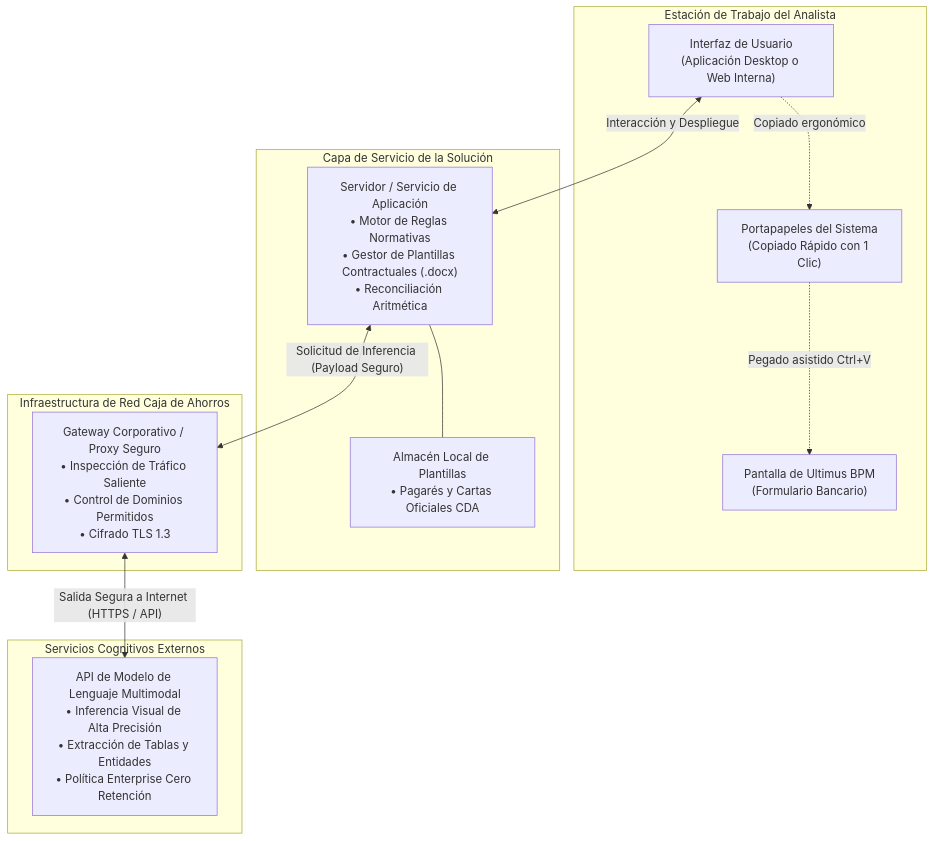
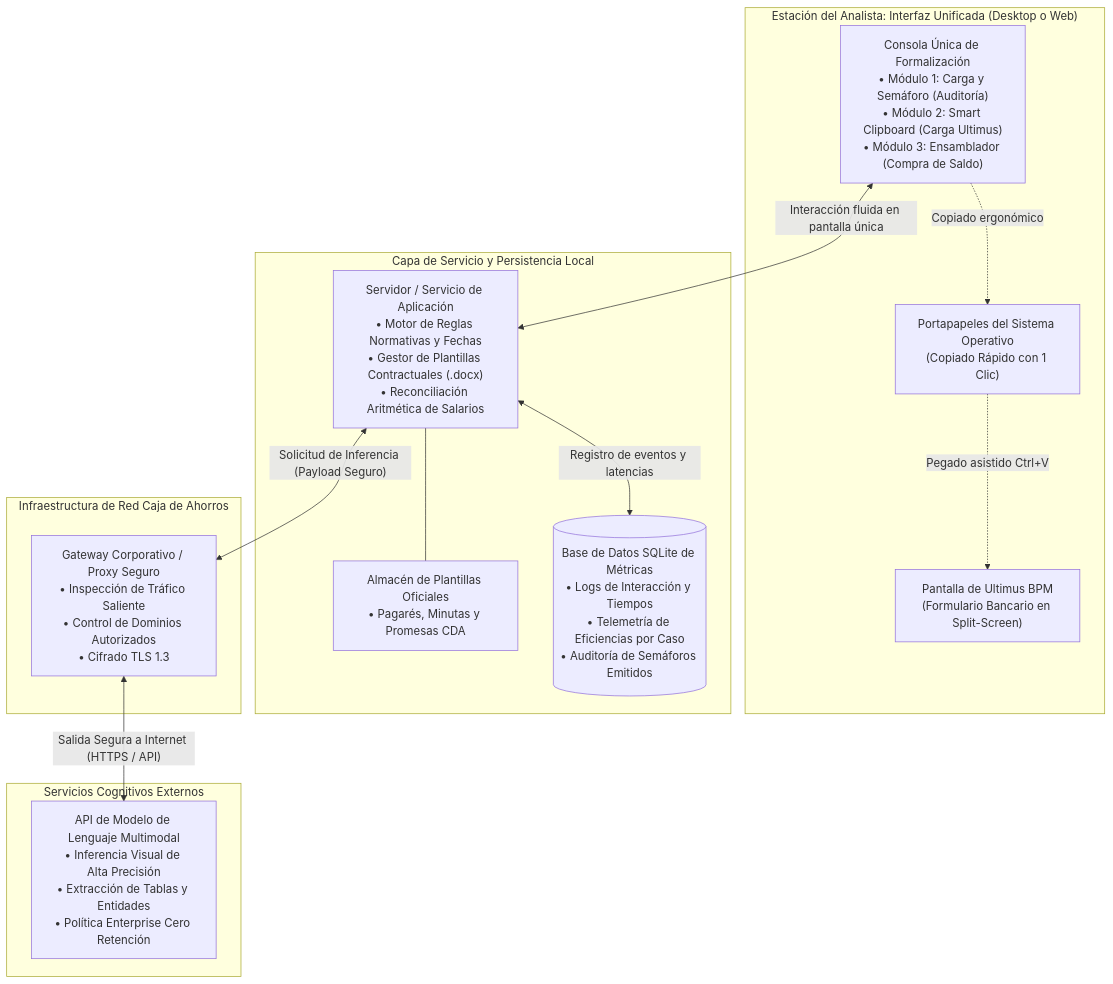
The second of 4 diagrams in formalizacion-pp/design/diseno-arquitectura-asistente-formalizacion.md (RBlasser/cda-celulas), drawn with Mermaid before and after one commit. The commit also changed other lines of this file and 2 other files, not shown here.

Commit message:
docs: actualizar arquitecturas con metricas sqlite, mitigacion riesgos operativos y evolucion qr autos

````diff
--- a/formalizacion-pp/design/diseno-arquitectura-asistente-formalizacion.md
+++ b/formalizacion-pp/design/diseno-arquitectura-asistente-formalizacion.md
@@ -64,28 +76,30 @@
 ```mermaid
 flowchart TD
-    subgraph USUARIO ["Estación de Trabajo del Analista"]
-        UI["Interfaz de Usuario<br>(Aplicación Desktop o Web Interna)"]
-        CLIPBOARD["Portapapeles del Sistema<br>(Copiado Rápido con 1 Clic)"]
-        ULTIMUS["Pantalla de Ultimus BPM<br>(Formulario Bancario)"]
+    subgraph WORKSPACE ["Estación del Analista: Interfaz Unificada (Desktop o Web)"]
+        UI["Consola Única de Formalización<br>• Módulo 1: Carga y Semáforo (Auditoría)<br>• Módulo 2: Smart Clipboard (Carga Ultimus)<br>• Módulo 3: Ensamblador (Compra de Saldo)"]
+        CLIPBOARD["Portapapeles del Sistema Operativo<br>(Copiado Rápido con 1 Clic)"]
+        ULTIMUS["Pantalla de Ultimus BPM<br>(Formulario Bancario en Split-Screen)"]
         UI -.->|"Copiado ergonómico"| CLIPBOARD
         CLIPBOARD -.->|"Pegado asistido Ctrl+V"| ULTIMUS
     end
 
-    subgraph APLICACION ["Capa de Servicio de la Solución"]
-        APP_SRV["Servidor / Servicio de Aplicación<br>• Motor de Reglas Normativas<br>• Gestor de Plantillas Contractuales (.docx)<br>• Reconciliación Aritmética"]
-        STORAGE["Almacén Local de Plantillas<br>• Pagarés y Cartas Oficiales CDA"]
+    subgraph MOTOR_LOCAL ["Capa de Servicio y Persistencia Local"]
+        APP_SRV["Servidor / Servicio de Aplicación<br>• Motor de Reglas Normativas y Fechas<br>• Gestor de Plantillas Contractuales (.docx)<br>• Reconciliación Aritmética de Salarios"]
+        STORAGE["Almacén de Plantillas Oficiales<br>• Pagarés, Minutas y Promesas CDA"]
+        SQLITE_DB[("Base de Datos SQLite de Métricas<br>• Logs de Interacción y Tiempos<br>• Telemetría de Eficiencias por Caso<br>• Auditoría de Semáforos Emitidos")]
         APP_SRV --- STORAGE
+        APP_SRV <-->|"Registro de eventos y latencias"| SQLITE_DB
     end
 
     subgraph RED_BANCO ["Infraestructura de Red Caja de Ahorros"]
-        GATEWAY["Gateway Corporativo / Proxy Seguro<br>• Inspección de Tráfico Saliente<br>• Control de Dominios Permitidos<br>• Cifrado TLS 1.3"]
+        GATEWAY["Gateway Corporativo / Proxy Seguro<br>• Inspección de Tráfico Saliente<br>• Control de Dominios Autorizados<br>• Cifrado TLS 1.3"]
     end
 
     subgraph CLOUD_AI ["Servicios Cognitivos Externos"]
         LLM_API["API de Modelo de Lenguaje Multimodal<br>• Inferencia Visual de Alta Precisión<br>• Extracción de Tablas y Entidades<br>• Política Enterprise Cero Retención"]
     end
 
-    UI <-->|"Interacción y Despliegue"| APP_SRV
+    UI <-->|"Interacción fluida en pantalla única"| APP_SRV
     APP_SRV <-->|"Solicitud de Inferencia (Payload Seguro)"| GATEWAY
     GATEWAY <-->|"Salida Segura a Internet (HTTPS / API)"| LLM_API
 ```
````
